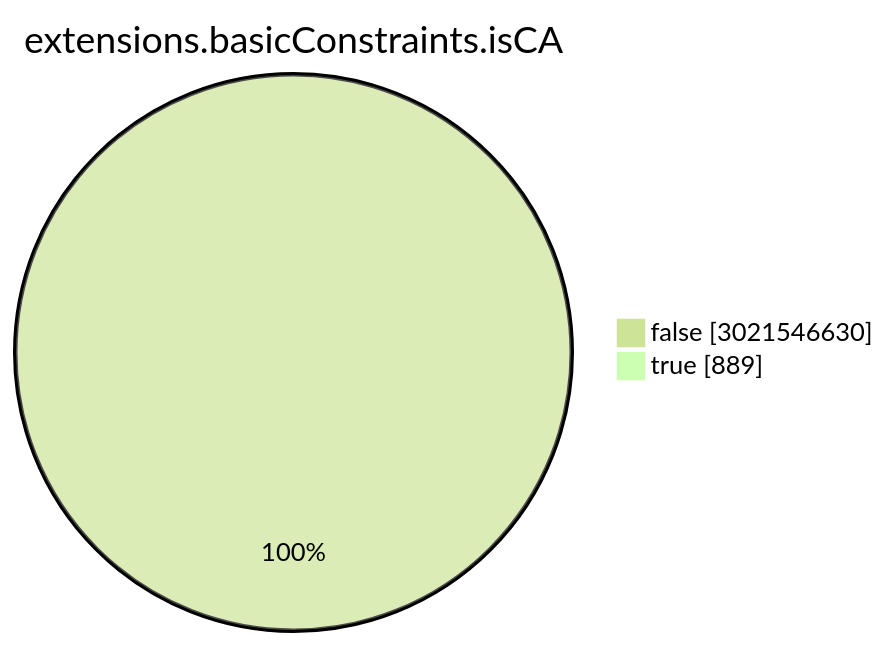
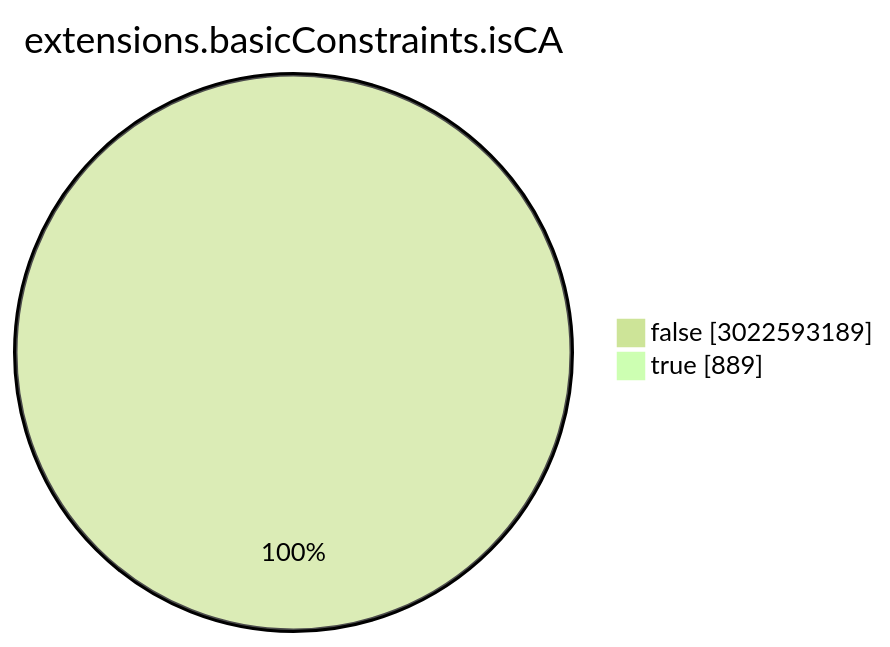
One commit to christiankrug/ctmonitor_visualization changed the seventh of 15 diagrams in TOTAL/README.md. Above: the diagram before and after it, drawn with Mermaid (forest theme). The commit also changed other lines of this file, not shown here.

````diff
--- a/TOTAL/README.md
+++ b/TOTAL/README.md
@@ -3087,6 +3087,6 @@
 ```mermaid
 pie showData
 title extensions.basicConstraints.isCA
-"false" :3021546630
+"false" :3022593189
 "true" :889
 ```
````
